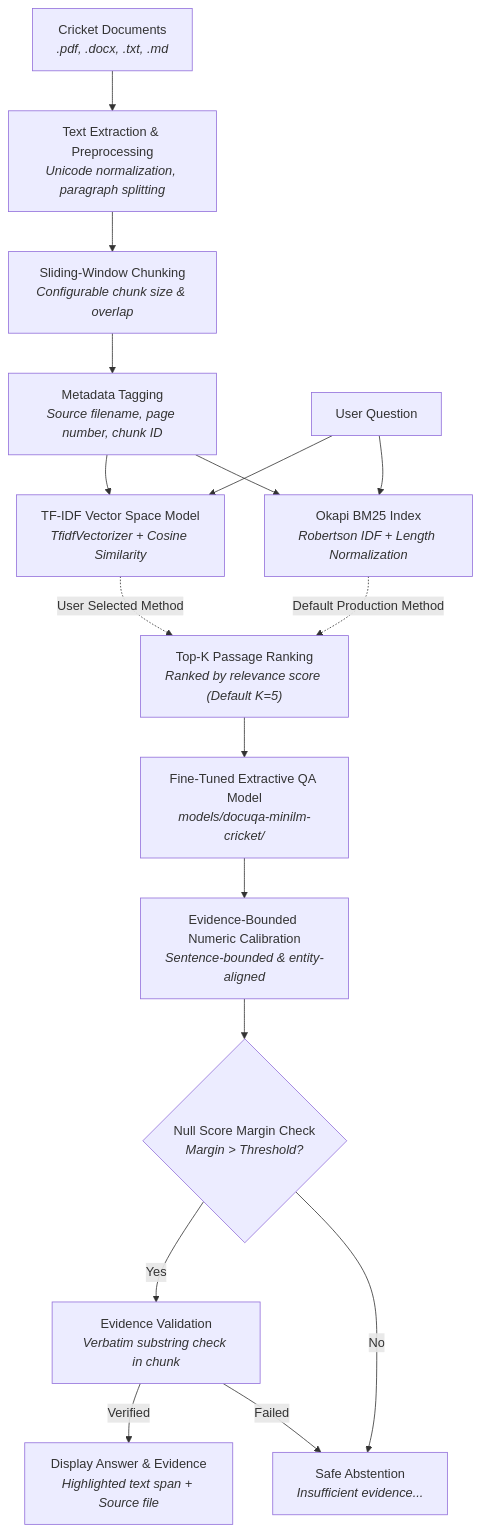
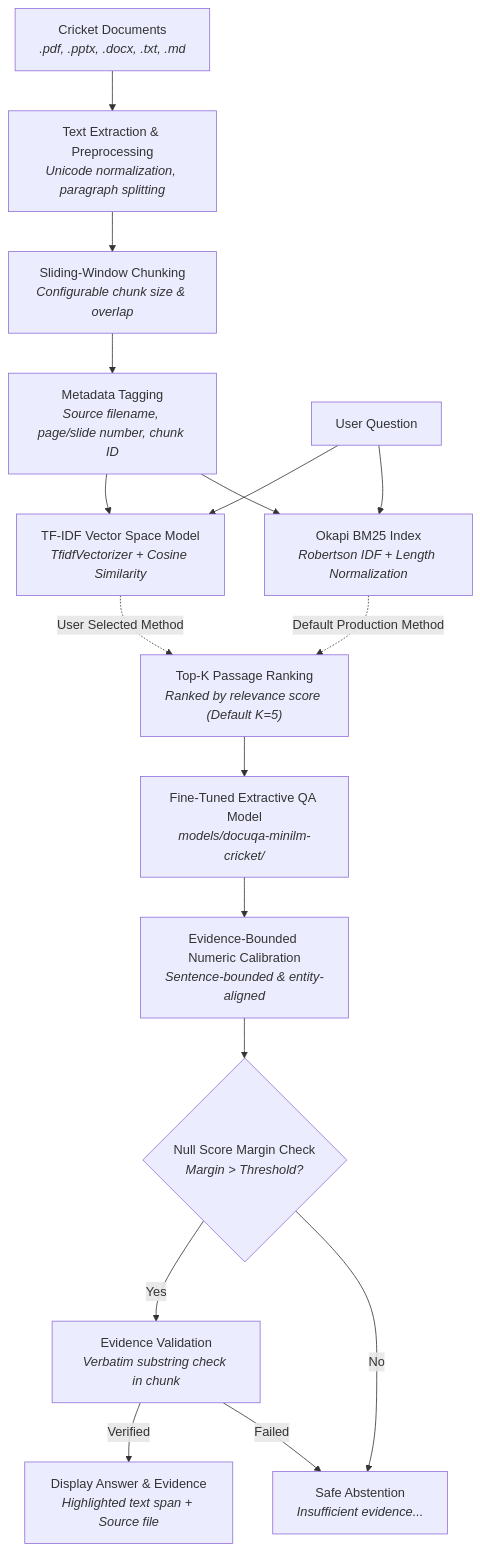
Before and after one commit to mohithkotian/DocuQA: the first of 3 diagrams in README.md, drawn with Mermaid. The commit also changed other lines of this file, not shown here.

````diff
--- a/README.md
+++ b/README.md
@@ -23,27 +23,27 @@
 ```mermaid
 graph TD
-    A["Cricket Documents<br><i>.pdf, .docx, .txt, .md</i>"] --> B["Text Extraction & Preprocessing<br><i>Unicode normalization, paragraph splitting</i>"]
+    A["Cricket Documents<br><i>.pdf, .pptx, .docx, .txt, .md</i>"] --> B["Text Extraction & Preprocessing<br><i>Unicode normalization, paragraph splitting</i>"]
     B --> C["Sliding-Window Chunking<br><i>Configurable chunk size & overlap</i>"]
-    C --> D["Metadata Tagging<br><i>Source filename, page number, chunk ID</i>"]
+    C --> D["Metadata Tagging<br><i>Source filename, page/slide number, chunk ID</i>"]
     
     D --> E1["TF-IDF Vector Space Model<br><i>TfidfVectorizer + Cosine Similarity</i>"]
     D --> E2["Okapi BM25 Index<br><i>Robertson IDF + Length Normalization</i>"]
     
     Q["User Question"] --> E1
     Q --> E2
     
     E1 -. "User Selected Method" .-> F["Top-K Passage Ranking<br><i>Ranked by relevance score (Default K=5)</i>"]
     E2 -. "Default Production Method" .-> F
     
     F --> G["Fine-Tuned Extractive QA Model<br><i>models/docuqa-minilm-cricket/</i>"]
     
     G --> CAL["Evidence-Bounded Numeric Calibration<br><i>Sentence-bounded & entity-aligned</i>"]
     
     CAL --> H{"Null Score Margin Check<br><i>Margin > Threshold?</i>"}
     
     H -- "Yes" --> I["Evidence Validation<br><i>Verbatim substring check in chunk</i>"]
     H -- "No" --> J["Safe Abstention<br><i>Insufficient evidence...</i>"]
     
     I -- "Verified" --> K["Display Answer & Evidence<br><i>Highlighted text span + Source file</i>"]
     I -- "Failed" --> J
 ```
````
